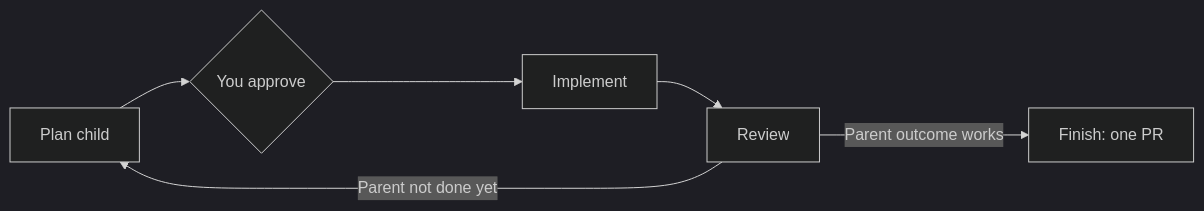
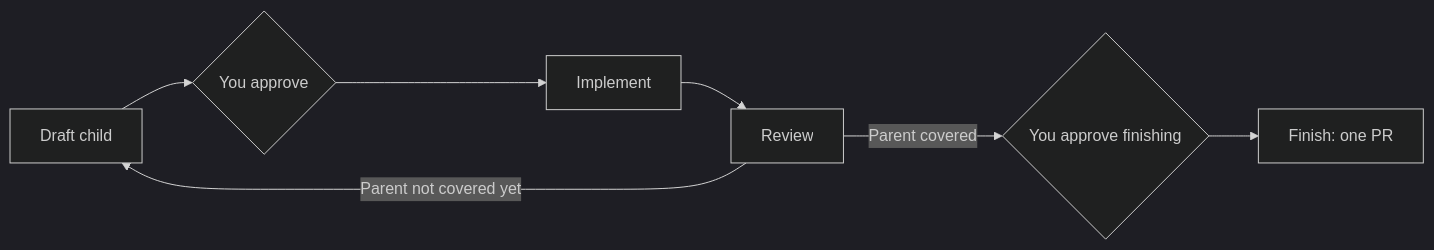
One commit to thomas-silva/iterate changed the diagram in README.md. Above: the diagram before and after it, drawn with Mermaid (dark theme). The commit also changed other lines of this file and 4 other files, not shown here.

````diff
--- a/README.md
+++ b/README.md
@@ -7,8 +7,9 @@
 ```mermaid
 flowchart LR
-    Plan["Plan child"] --> Approve{"You approve"}
+    Draft["Draft child"] --> Approve{"You approve"}
     Approve --> Implement["Implement"]
     Implement --> Review["Review"]
-    Review -->|Parent not done yet| Plan
-    Review -->|Parent outcome works| Finish["Finish: one PR"]
+    Review -->|Parent not covered yet| Draft
+    Review -->|Parent covered| Finish{"You approve finishing"}
+    Finish --> PR["Finish: one PR"]
 ```
````
